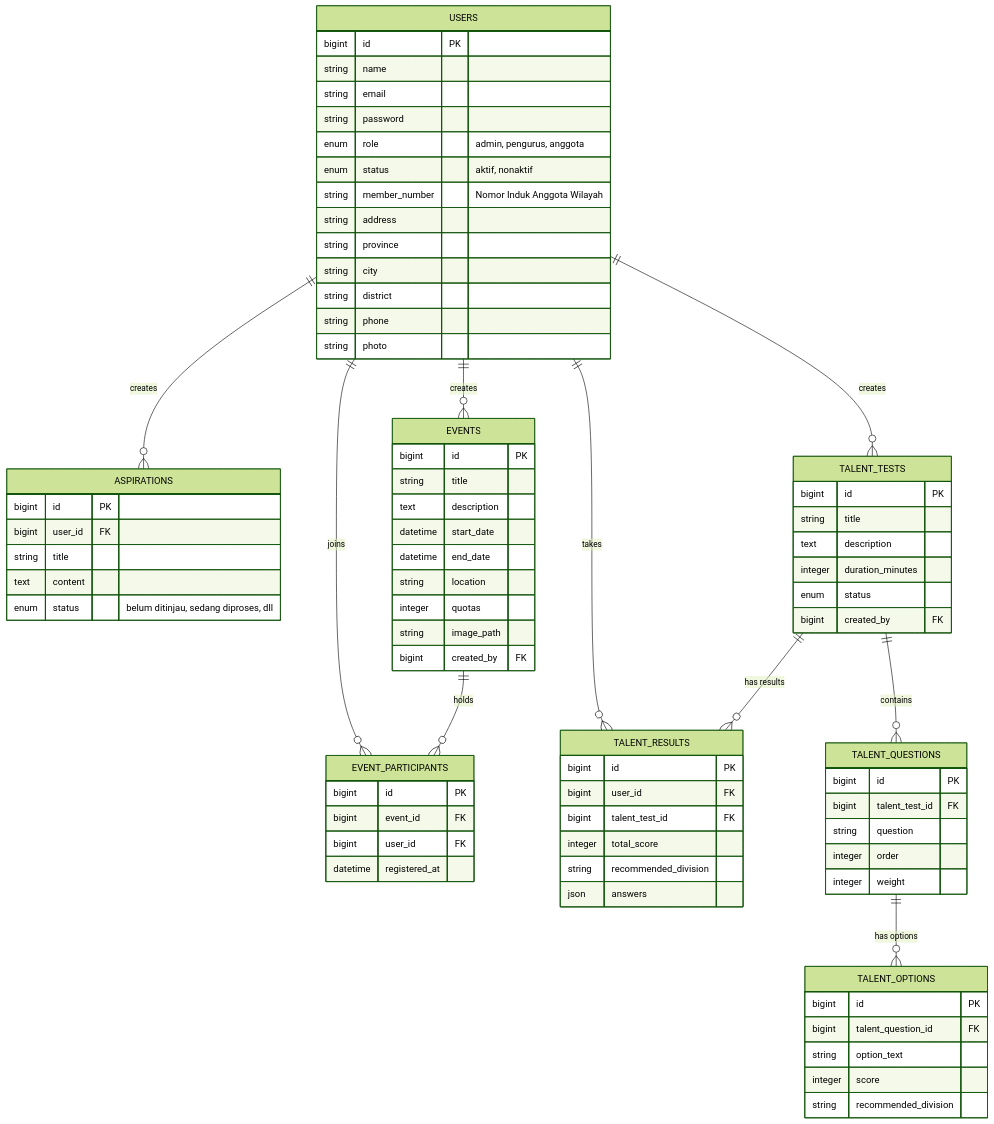
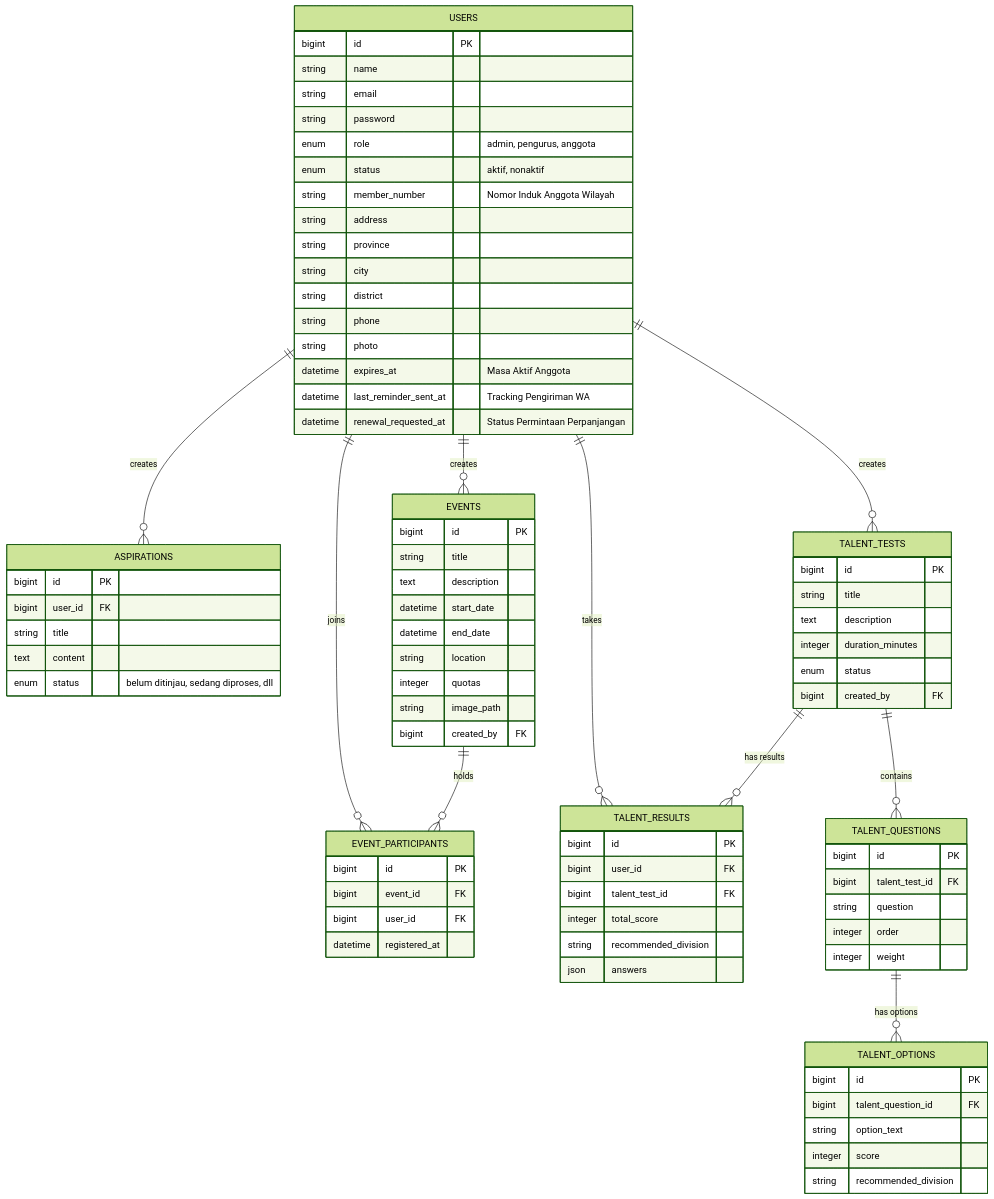
One commit to AlexanderIII-TheGreat/organisasi_management_system changed the diagram in README.md. Above: the diagram before and after it, drawn with Mermaid (forest theme). The commit also changed other lines of this file and 18 other files, not shown here.

```diff
--- a/README.md
+++ b/README.md
@@ -150,6 +157,9 @@
         string district
         string phone
         string photo
+        datetime expires_at "Masa Aktif Anggota"
+        datetime last_reminder_sent_at "Tracking Pengiriman WA"
+        datetime renewal_requested_at "Status Permintaan Perpanjangan"
     }
 
     EVENTS ||--o{ EVENT_PARTICIPANTS : holds
```
